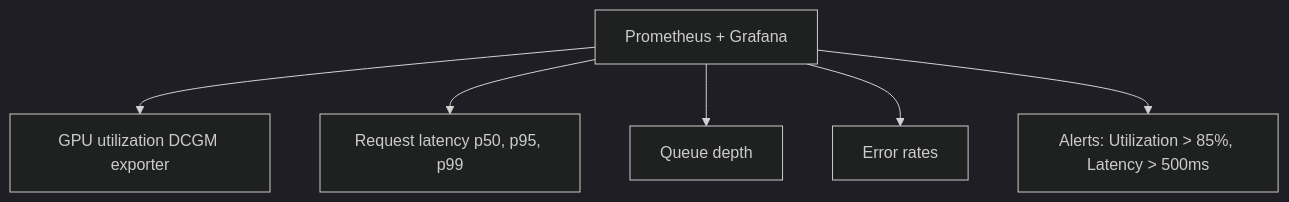
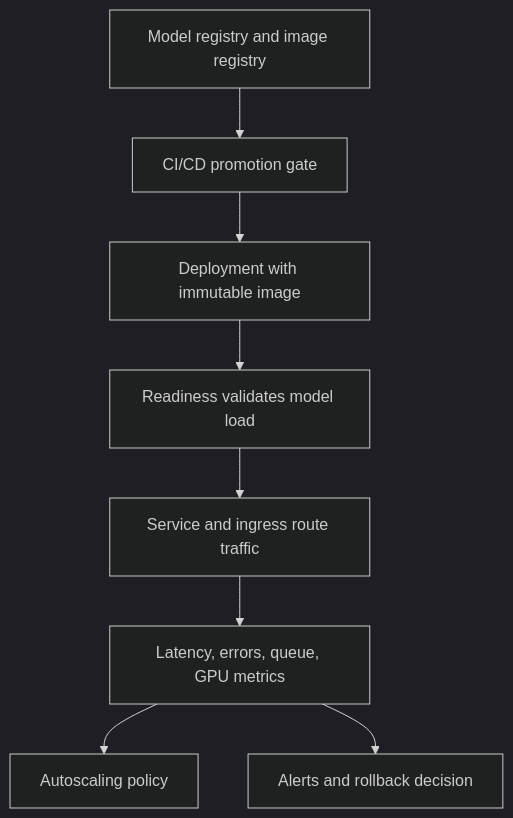
Before and after one commit to kube-dojo/kube-dojo: the second of 2 diagrams in src/content/docs/ai-ml-engineering/mlops/module-1.4-kubernetes-for-ml.md, drawn with Mermaid (dark theme). The commit also changed other lines of this file, not shown here.

````diff
--- a/src/content/docs/ai-ml-engineering/mlops/module-1.4-kubernetes-for-ml.md
+++ b/src/content/docs/ai-ml-engineering/mlops/module-1.4-kubernetes-for-ml.md
@@ -1145,8 +287,10 @@
 ```mermaid
-graph TD
-    PG[Prometheus + Grafana] --> GPU[GPU utilization DCGM exporter]
-    PG --> LAT[Request latency p50, p95, p99]
-    PG --> QD[Queue depth]
-    PG --> ER[Error rates]
-    PG --> AL[Alerts: Utilization > 85%, Latency > 500ms]
+flowchart TD
+    Registry[Model registry and image registry] --> Pipeline[CI/CD promotion gate]
+    Pipeline --> Deploy[Deployment with immutable image]
+    Deploy --> Ready[Readiness validates model load]
+    Ready --> Service[Service and ingress route traffic]
+    Service --> Metrics[Latency, errors, queue, GPU metrics]
+    Metrics --> HPA[Autoscaling policy]
+    Metrics --> Alert[Alerts and rollback decision]
 ```
````
